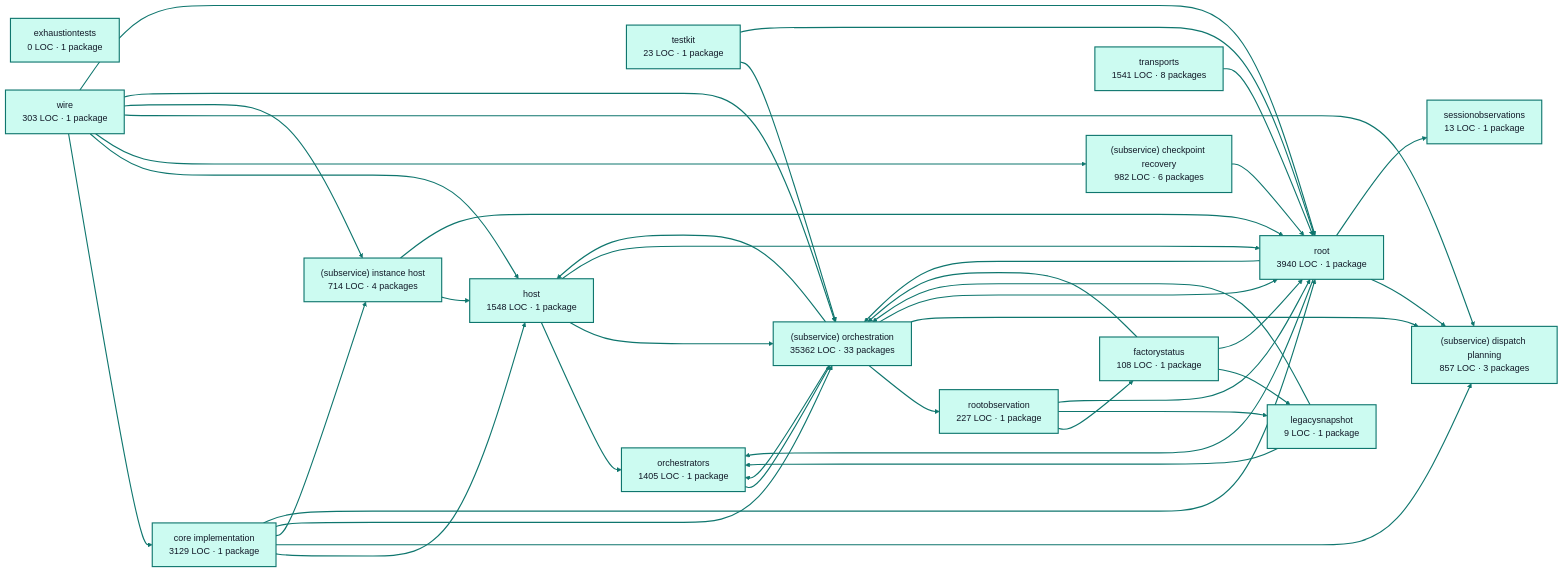
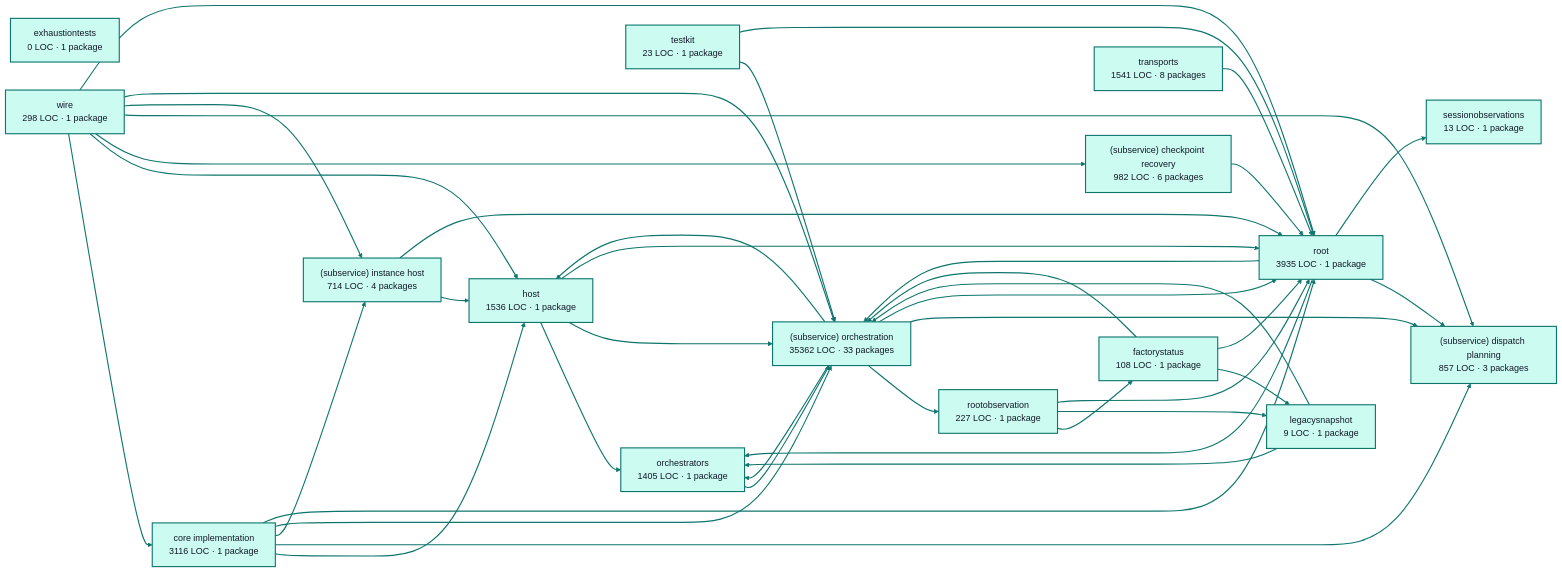
One commit to portpowered/you-agent-factory changed the diagram in docs/architecture/visualizations/services/factory_runtime.md. Above: the diagram before and after it, drawn with Mermaid. The commit also changed other lines of this file and 21 other files, not shown here.

Commit message:
docs: refresh backend architecture visualizations

````diff
--- a/docs/architecture/visualizations/services/factory_runtime.md
+++ b/docs/architecture/visualizations/services/factory_runtime.md
@@ -11,75 +11,75 @@
 ```mermaid
 flowchart LR
-  p0["core implementation<br/>3129 LOC · 1 package"]
+  p0["core implementation<br/>3116 LOC · 1 package"]
   p1["exhaustiontests<br/>0 LOC · 1 package"]
   p2["factorystatus<br/>108 LOC · 1 package"]
-  p3["host<br/>1548 LOC · 1 package"]
+  p3["host<br/>1536 LOC · 1 package"]
   p4["legacysnapshot<br/>9 LOC · 1 package"]
   p5["orchestrators<br/>1405 LOC · 1 package"]
   p6["rootobservation<br/>227 LOC · 1 package"]
   p7["(subservice) checkpoint recovery<br/>982 LOC · 6 packages"]
   p8["(subservice) dispatch planning<br/>857 LOC · 3 packages"]
   p9["(subservice) instance host<br/>714 LOC · 4 packages"]
   p10["(subservice) orchestration<br/>35362 LOC · 33 packages"]
   p11["sessionobservations<br/>13 LOC · 1 package"]
   p12["testkit<br/>23 LOC · 1 package"]
-  p13["root<br/>3940 LOC · 1 package"]
+  p13["root<br/>3935 LOC · 1 package"]
   p14["transports<br/>1541 LOC · 8 packages"]
-  p15["wire<br/>303 LOC · 1 package"]
+  p15["wire<br/>298 LOC · 1 package"]
   p0 --> p3
   p0 --> p8
   p0 --> p9
   p0 --> p10
   p0 --> p13
   p2 --> p4
   p2 --> p10
   p2 --> p13
   p3 --> p5
   p3 --> p10
   p3 --> p13
   p4 --> p5
   p4 --> p10
   p5 --> p10
   p6 --> p2
   p6 --> p4
   p6 --> p13
   p7 --> p13
   p9 --> p3
   p9 --> p13
   p10 --> p3
   p10 --> p5
   p10 --> p6
   p10 --> p8
   p10 --> p13
   p12 --> p10
   p12 --> p13
   p13 --> p5
   p13 --> p8
   p13 --> p10
   p13 --> p11
   p14 --> p13
   p15 --> p0
   p15 --> p3
   p15 --> p7
   p15 --> p8
   p15 --> p9
   p15 --> p10
   p15 --> p13
   style p0 fill:#ccfbf1,stroke:#0f766e,stroke-width:2px,color:#111827
   style p1 fill:#ccfbf1,stroke:#0f766e,stroke-width:2px,color:#111827
   style p2 fill:#ccfbf1,stroke:#0f766e,stroke-width:2px,color:#111827
   style p3 fill:#ccfbf1,stroke:#0f766e,stroke-width:2px,color:#111827
   style p4 fill:#ccfbf1,stroke:#0f766e,stroke-width:2px,color:#111827
   style p5 fill:#ccfbf1,stroke:#0f766e,stroke-width:2px,color:#111827
   style p6 fill:#ccfbf1,stroke:#0f766e,stroke-width:2px,color:#111827
   style p7 fill:#ccfbf1,stroke:#0f766e,stroke-width:2px,color:#111827
   style p8 fill:#ccfbf1,stroke:#0f766e,stroke-width:2px,color:#111827
   style p9 fill:#ccfbf1,stroke:#0f766e,stroke-width:2px,color:#111827
   style p10 fill:#ccfbf1,stroke:#0f766e,stroke-width:2px,color:#111827
   style p11 fill:#ccfbf1,stroke:#0f766e,stroke-width:2px,color:#111827
   style p12 fill:#ccfbf1,stroke:#0f766e,stroke-width:2px,color:#111827
   style p13 fill:#ccfbf1,stroke:#0f766e,stroke-width:2px,color:#111827
   style p14 fill:#ccfbf1,stroke:#0f766e,stroke-width:2px,color:#111827
   style p15 fill:#ccfbf1,stroke:#0f766e,stroke-width:2px,color:#111827
   linkStyle default stroke:#0f766e,stroke-width:2px
 ```
````
